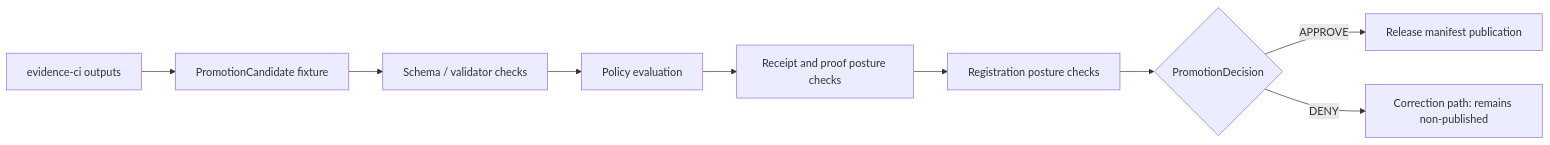
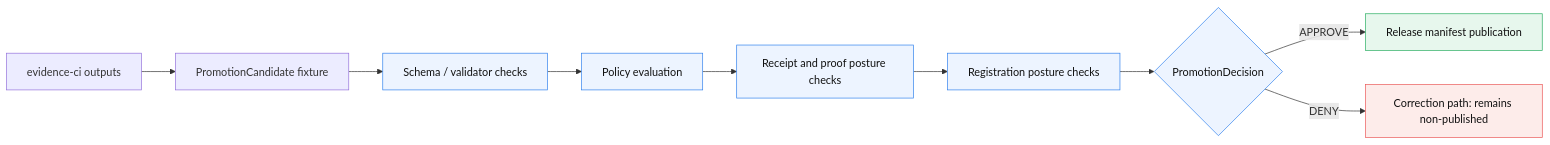
Before and after one commit to bartytime4life/Kansas-Frontier-Matrix: the first of 2 diagrams in docs/architecture/PROMOTION_GATE.md, drawn with Mermaid. The commit also changed other lines of this file, not shown here.

First line of the commit message:
Revise Promotion Gate documentation for proposed status

````diff
--- a/docs/architecture/PROMOTION_GATE.md
+++ b/docs/architecture/PROMOTION_GATE.md
@@ -45,12 +125,20 @@
 ```mermaid
 flowchart LR
     A[evidence-ci outputs] --> B[PromotionCandidate fixture]
     B --> C[Schema / validator checks]
     C --> D[Policy evaluation]
     D --> E[Receipt and proof posture checks]
     E --> F[Registration posture checks]
     F --> G{PromotionDecision}
 
     G -->|APPROVE| H[Release manifest publication]
     G -->|DENY| I[Correction path: remains non-published]
+
+    classDef safe fill:#e7f7ed,stroke:#27ae60,color:#111;
+    classDef risk fill:#fdecea,stroke:#eb5757,color:#111;
+    classDef gate fill:#edf4ff,stroke:#2f80ed,color:#111;
+
+    class C,D,E,F,G gate;
+    class H safe;
+    class I risk;
 ```
````
